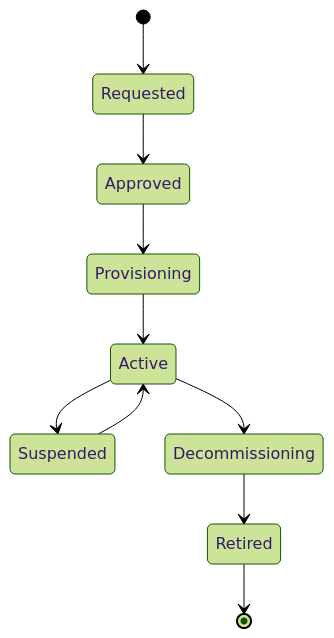
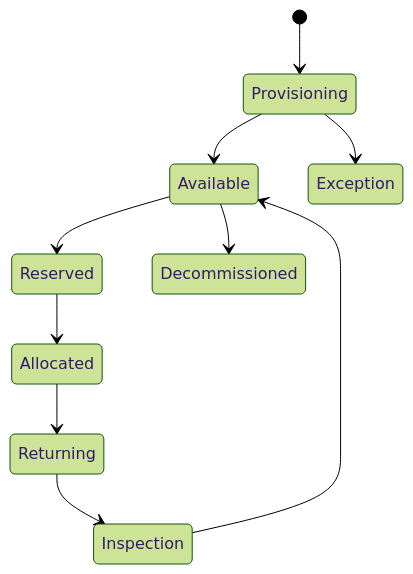
The diagram in Resource Lifecycle Management Platform/detailed-design/state-machine-diagrams.md (0Ankit0/Project-Ideas), drawn with Mermaid (forest theme) before and after one commit. The commit also changed other lines of this file and 37 other files, not shown here.

````diff
--- a/Resource Lifecycle Management Platform/detailed-design/state-machine-diagrams.md
+++ b/Resource Lifecycle Management Platform/detailed-design/state-machine-diagrams.md
@@ -3,12 +34,12 @@
 ```mermaid
 stateDiagram-v2
-  [*] --> Requested
-  Requested --> Approved
-  Approved --> Provisioning
-  Provisioning --> Active
-  Active --> Suspended
-  Suspended --> Active
-  Active --> Decommissioning
-  Decommissioning --> Retired
-  Retired --> [*]
+  [*] --> Provisioning
+  Provisioning --> Available
+  Available --> Reserved
+  Reserved --> Allocated
+  Allocated --> Returning
+  Returning --> Inspection
+  Inspection --> Available
+  Available --> Decommissioned
+  Provisioning --> Exception
 ```
````
